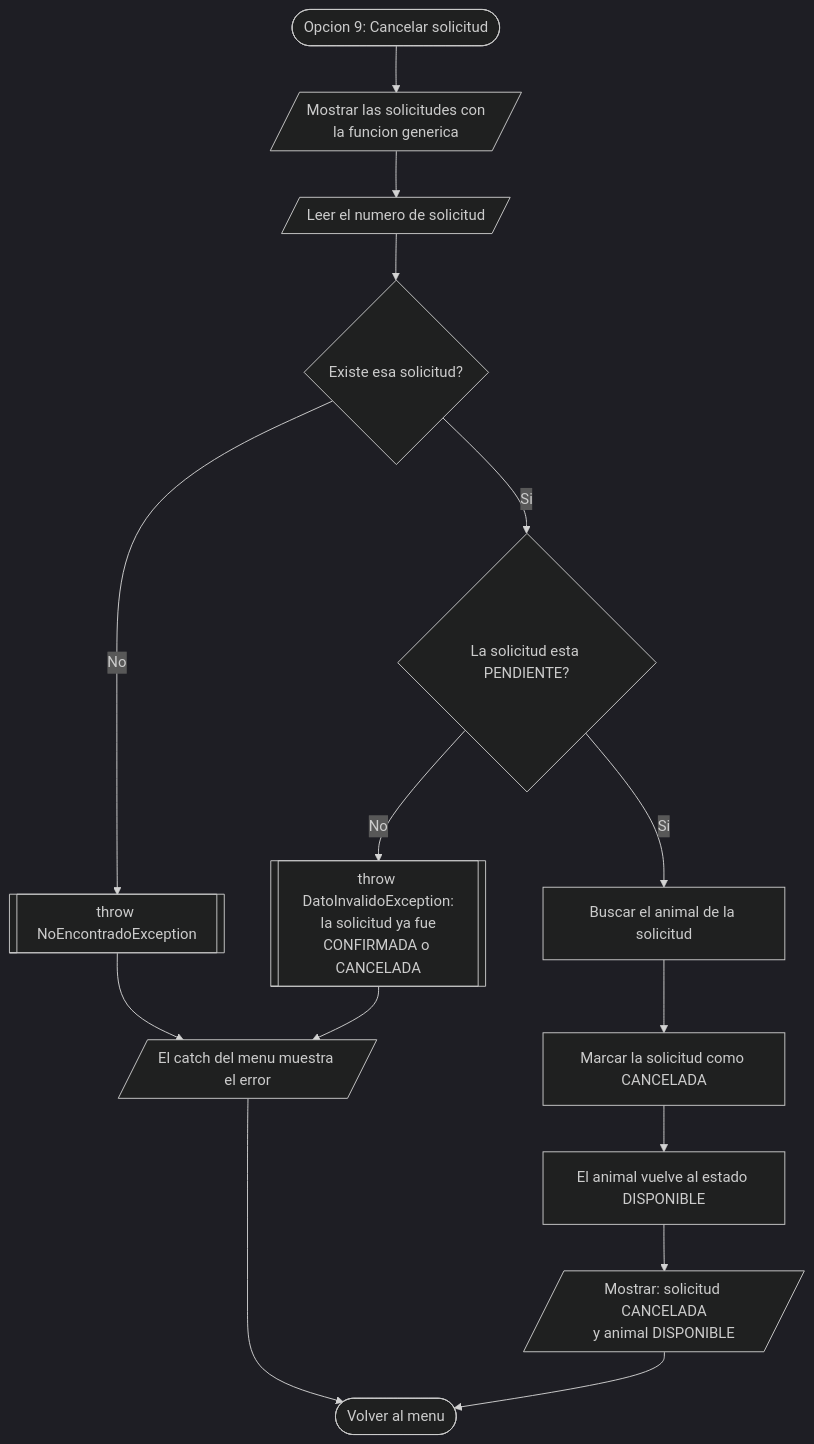
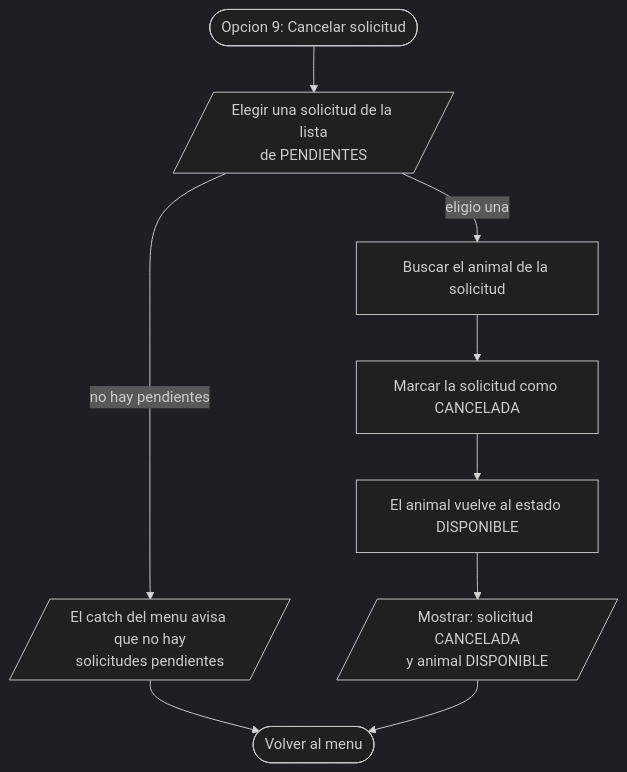
Before and after one commit to tobiastardivo/REFUGIO: diagram 12 of 18 in DIAGRAMAS.md, drawn with Mermaid (dark theme). The commit also changed other lines of this file and 3 other files, not shown here.

````diff
--- a/DIAGRAMAS.md
+++ b/DIAGRAMAS.md
@@ -365,22 +412,15 @@
 ```mermaid
 flowchart TD
     INI(["Opcion 9: Cancelar solicitud"])
-    LISTA[/"Mostrar las solicitudes con<br/>la funcion generica"/]
-    NRO[/"Leer el numero de solicitud"/]
-    EXISTE{"Existe esa solicitud?"}
-    THROW1[["throw NoEncontradoException"]]
-    PEND{"La solicitud esta PENDIENTE?"}
-    THROW2[["throw DatoInvalidoException:<br/>la solicitud ya fue<br/>CONFIRMADA o CANCELADA"]]
+    ELIGE[/"Elegir una solicitud de la lista<br/>de PENDIENTES"/]
     BUSCA["Buscar el animal de la solicitud"]
     CANC["Marcar la solicitud como CANCELADA"]
     DISP["El animal vuelve al estado DISPONIBLE"]
     OK[/"Mostrar: solicitud CANCELADA<br/>y animal DISPONIBLE"/]
-    CATCH[/"El catch del menu muestra el error"/]
+    CATCH[/"El catch del menu avisa que no hay<br/>solicitudes pendientes"/]
     FIN(["Volver al menu"])
 
-    INI --> LISTA --> NRO --> EXISTE
-    EXISTE -->|"No"| THROW1 --> CATCH --> FIN
-    EXISTE -->|"Si"| PEND
-    PEND -->|"No"| THROW2 --> CATCH
-    PEND -->|"Si"| BUSCA --> CANC --> DISP --> OK --> FIN
+    INI --> ELIGE
+    ELIGE -->|"no hay pendientes"| CATCH --> FIN
+    ELIGE -->|"eligio una"| BUSCA --> CANC --> DISP --> OK --> FIN
 ```
````
